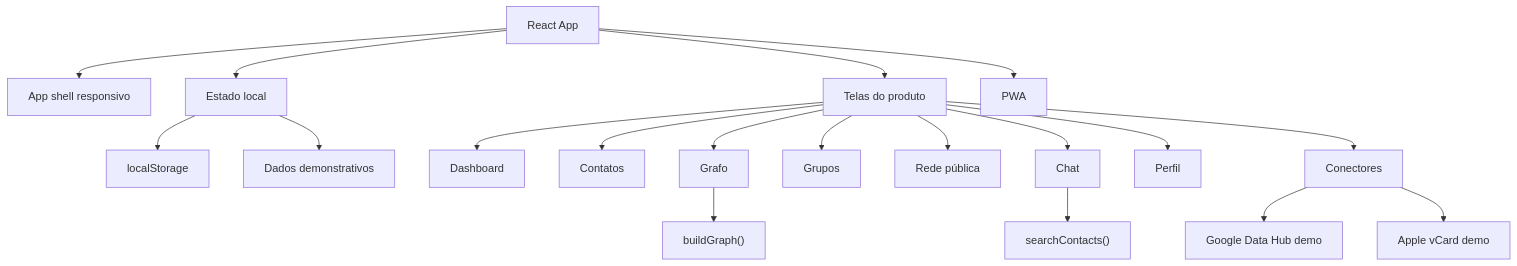
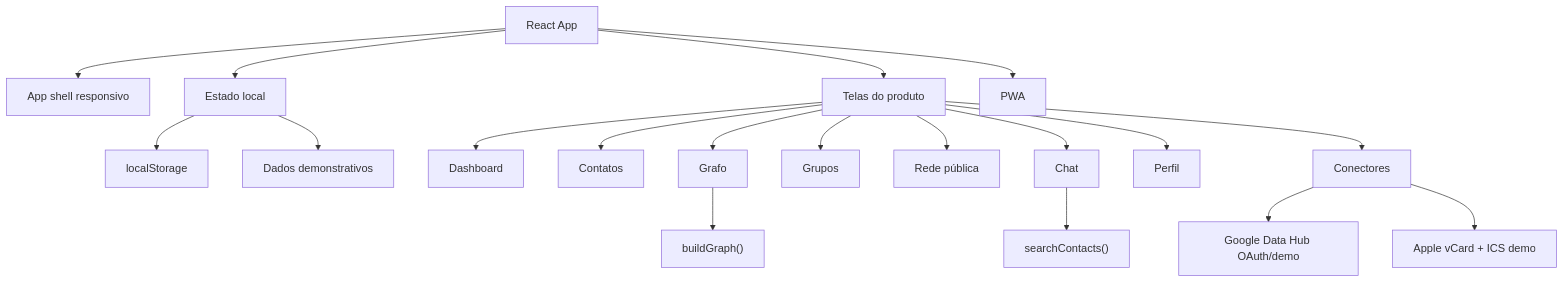
Before and after one commit to Leninn-Marinho-Rodrigues/grafy-cogmo-prototype: the first of 3 diagrams in docs/guides/architecture.md, drawn with Mermaid. The commit also changed other lines of this file and 11 other files, not shown here.

````diff
--- a/docs/guides/architecture.md
+++ b/docs/guides/architecture.md
@@ -9,24 +9,24 @@
 ```mermaid
 flowchart TB
   App["React App"] --> Shell["App shell responsivo"]
   App --> Screens["Telas do produto"]
   App --> State["Estado local"]
   App --> PWA["PWA"]
 
   State --> LocalStorage["localStorage"]
   State --> Seed["Dados demonstrativos"]
 
   Screens --> Dashboard["Dashboard"]
   Screens --> Contacts["Contatos"]
   Screens --> Graph["Grafo"]
   Screens --> Groups["Grupos"]
   Screens --> Public["Rede pública"]
   Screens --> Chat["Chat"]
   Screens --> Profile["Perfil"]
   Screens --> Integrations["Conectores"]
 
   Graph --> GraphBuilder["buildGraph()"]
   Chat --> Search["searchContacts()"]
-  Integrations --> GoogleHub["Google Data Hub demo"]
-  Integrations --> AppleHub["Apple vCard demo"]
+  Integrations --> GoogleHub["Google Data Hub OAuth/demo"]
+  Integrations --> AppleHub["Apple vCard + ICS demo"]
 ```
````
